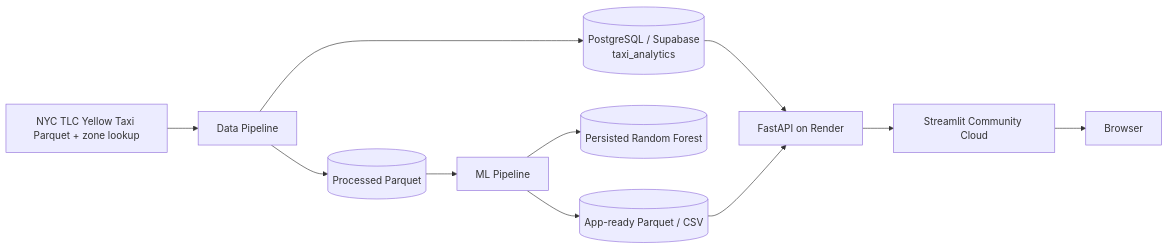
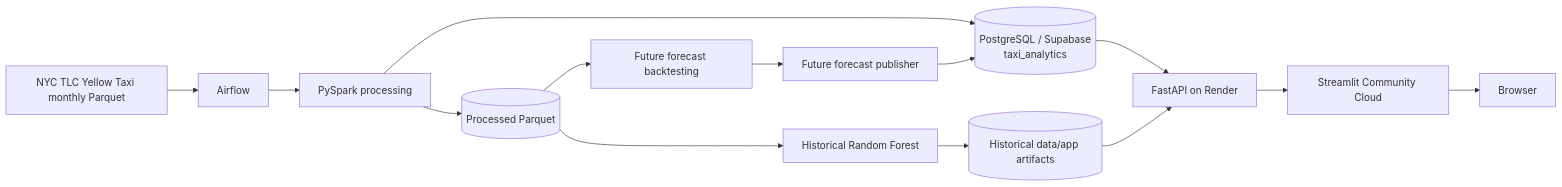
The first of 2 diagrams in docs/architecture.md (georgeballa7/NycTaxiDemandForecasting), drawn with Mermaid before and after one commit. The commit also changed other lines of this file, not shown here.

Commit message:
Update architecture documentation

````diff
--- a/docs/architecture.md
+++ b/docs/architecture.md
@@ -21,13 +20,16 @@
 ```mermaid
 flowchart LR
-    RAW[NYC TLC Yellow Taxi Parquet + zone lookup] --> DATA[Data Pipeline]
-    DATA --> PP[(Processed Parquet)]
-    DATA --> DB[(PostgreSQL / Supabase\ntaxi_analytics)]
-    PP --> ML[ML Pipeline]
-    ML --> MODEL[(Persisted Random Forest)]
-    ML --> APP[(App-ready Parquet / CSV)]
+    TLC[NYC TLC Yellow Taxi monthly Parquet] --> AF[Airflow]
+    AF --> SP[PySpark processing]
+    SP --> PP[(Processed Parquet)]
+    SP --> DB[(PostgreSQL / Supabase\ntaxi_analytics)]
+    PP --> HML[Historical Random Forest]
+    PP --> FML[Future forecast backtesting]
+    HML --> APP[(Historical data/app artifacts)]
+    FML --> PUB[Future forecast publisher]
+    PUB --> DB
     DB --> API[FastAPI on Render]
     APP --> API
-    API --> UI[Streamlit Community Cloud]
-    UI --> USER[Browser]
+    API --> ST[Streamlit Community Cloud]
+    ST --> USER[Browser]
 ```
````
